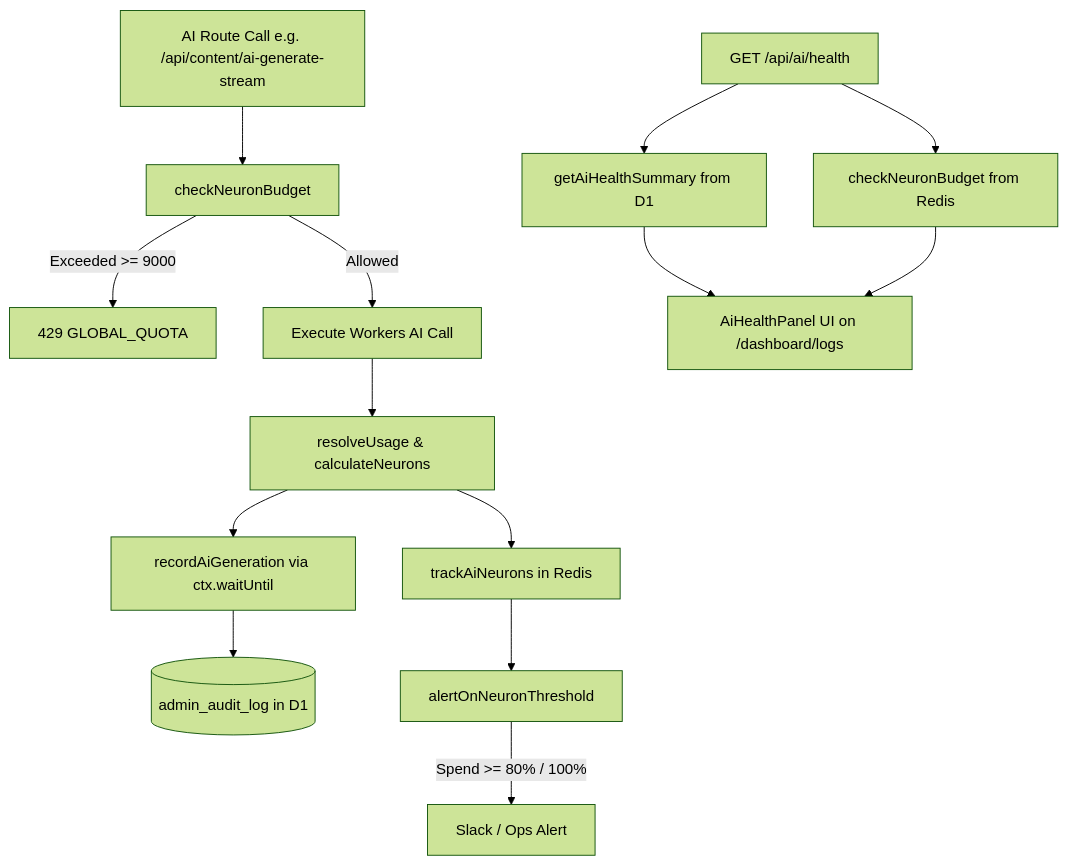
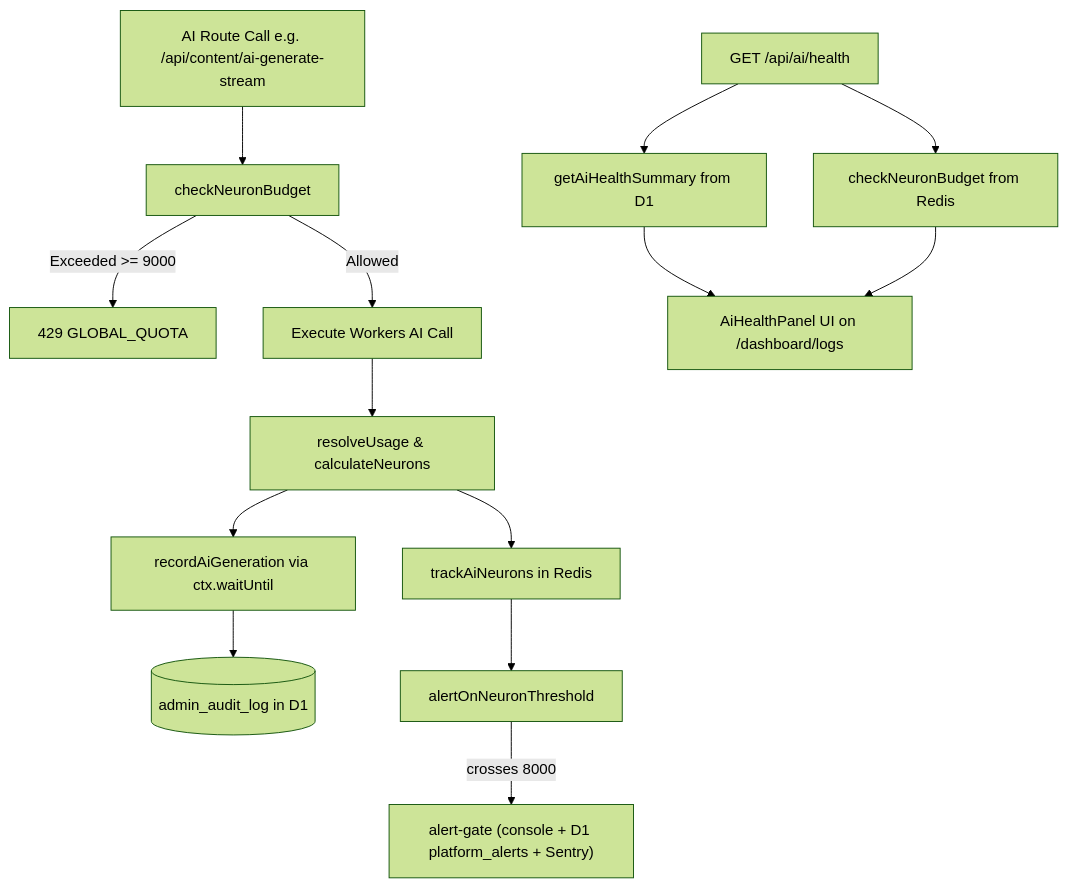
Before and after one commit to Harshil8136/chess-game1: the diagram in synced-docs/cf-admin/documentation/features/AI-HEALTH.md, drawn with Mermaid (forest theme). The commit also changed other lines of this file and 112 other files, not shown here.

````diff
--- a/synced-docs/cf-admin/documentation/features/AI-HEALTH.md
+++ b/synced-docs/cf-admin/documentation/features/AI-HEALTH.md
@@ -160,16 +202,16 @@
 ```mermaid
 flowchart TD
     A[AI Route Call e.g. /api/content/ai-generate-stream] --> B[checkNeuronBudget]
     B -- Exceeded >= 9000 --> C[429 GLOBAL_QUOTA]
     B -- Allowed --> D[Execute Workers AI Call]
     D --> E[resolveUsage & calculateNeurons]
     E --> F[trackAiNeurons in Redis]
     E --> G[recordAiGeneration via ctx.waitUntil]
     G --> H[(admin_audit_log in D1)]
     F --> I[alertOnNeuronThreshold]
-    I -- Spend >= 80% / 100% --> J[Slack / Ops Alert]
-    
+    I -- crosses 8000 --> J["alert-gate (console + D1 platform_alerts + Sentry)"]
+
     K[GET /api/ai/health] --> L[getAiHealthSummary from D1]
     K --> M[checkNeuronBudget from Redis]
     L & M --> N[AiHealthPanel UI on /dashboard/logs]
 ```
````
